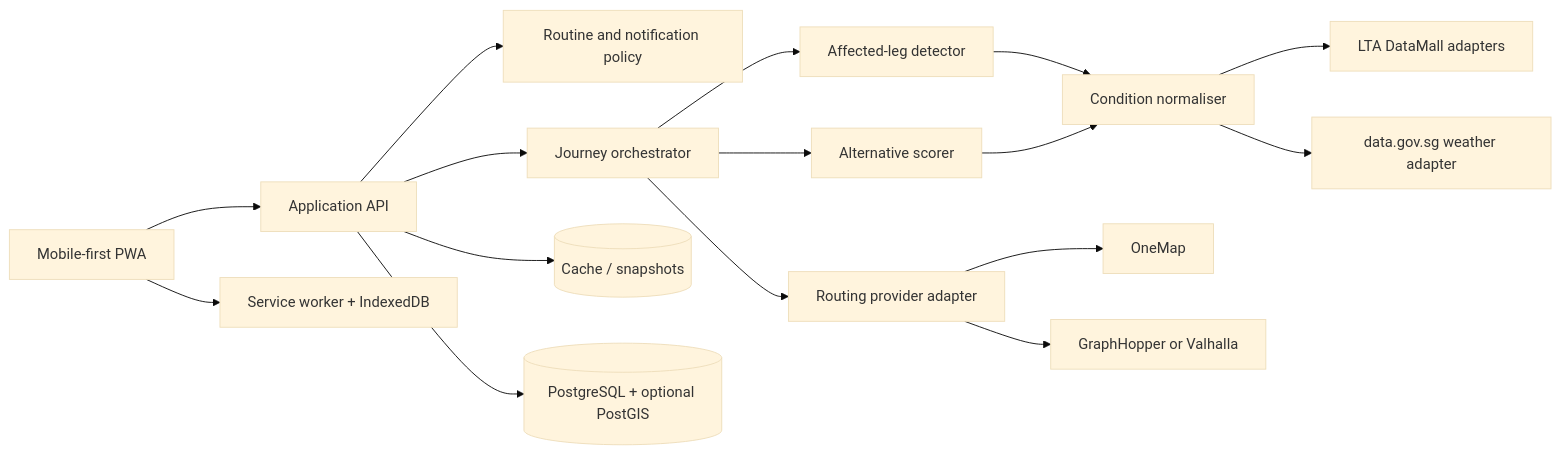
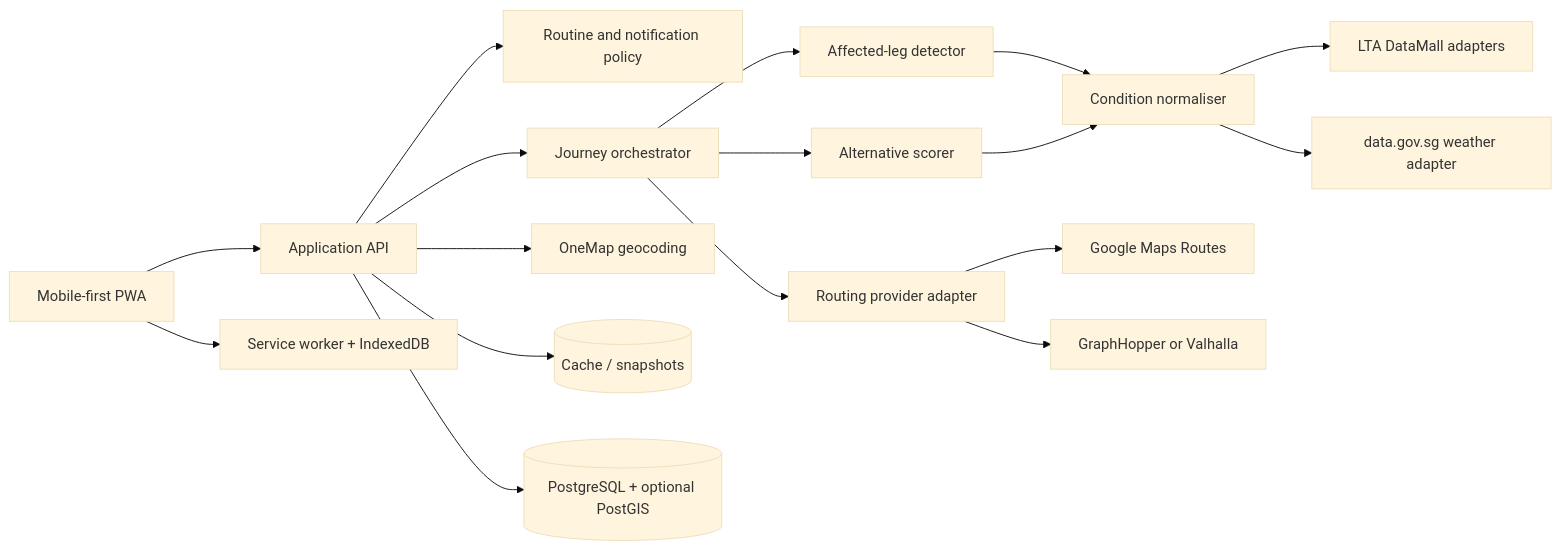
Before and after one commit to Bryan-chua/LTA_Hackathon: the diagram in README.md, drawn with Mermaid (base theme). The commit also changed other lines of this file and 25 other files, not shown here.

````diff
--- a/README.md
+++ b/README.md
@@ -209,18 +211,19 @@
 ```mermaid
 flowchart LR
     PWA[Mobile-first PWA] --> API[Application API]
     API --> Routine[Routine and notification policy]
     API --> Journey[Journey orchestrator]
     Journey --> Router[Routing provider adapter]
     Journey --> Match[Affected-leg detector]
     Journey --> Score[Alternative scorer]
     Match --> Conditions[Condition normaliser]
     Score --> Conditions
     Conditions --> LTA[LTA DataMall adapters]
     Conditions --> Weather[data.gov.sg weather adapter]
-    Router --> OneMap[OneMap]
+    Router --> Google[Google Maps Routes]
+    API --> OneMap[OneMap geocoding]
     Router --> OSMRouter[GraphHopper or Valhalla]
     API --> Cache[(Cache / snapshots)]
     API --> Store[(PostgreSQL + optional PostGIS)]
     PWA --> Offline[Service worker + IndexedDB]
 ```
````
